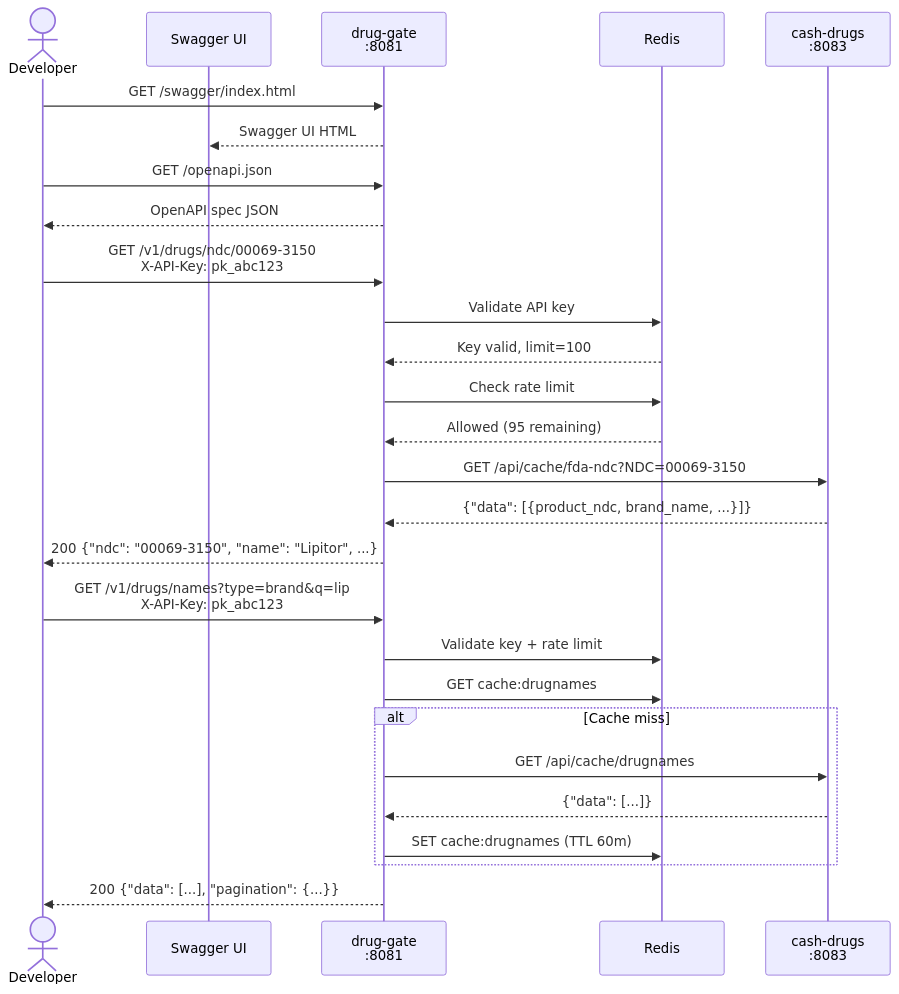
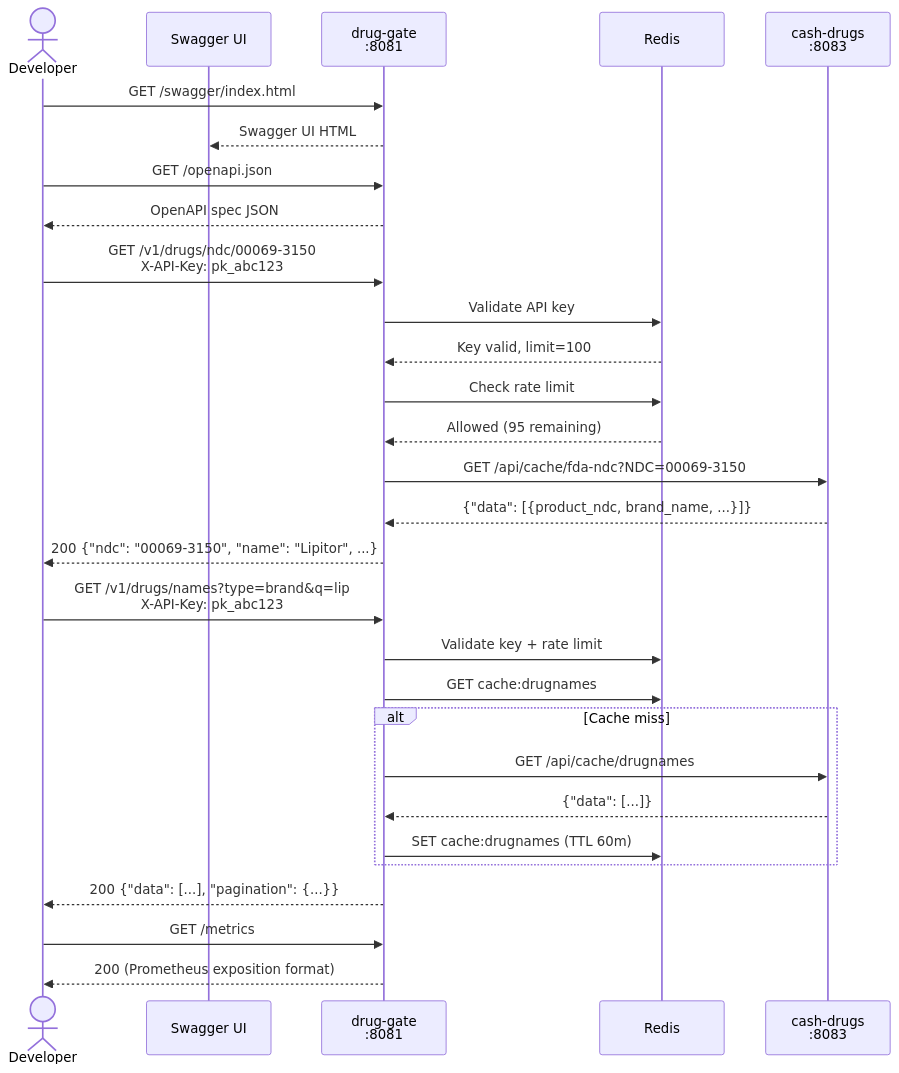
One commit to finish06/drug-gate changed diagram 12 of 12 in docs/sequence-diagram.md. Above: the diagram before and after it, drawn with Mermaid. The commit also changed other lines of this file and 2 other files, not shown here.

First line of the commit message:
docs: update sequence diagrams, CLAUDE.md, and PRD for metrics

````diff
--- a/docs/sequence-diagram.md
+++ b/docs/sequence-diagram.md
@@ -437,32 +547,35 @@
 ```mermaid
 sequenceDiagram
     actor Dev as Developer
     participant SW as Swagger UI
     participant GW as drug-gate<br/>:8081
     participant RD as Redis
     participant CD as cash-drugs<br/>:8083
 
     Dev->>GW: GET /swagger/index.html
     GW-->>SW: Swagger UI HTML
     Dev->>GW: GET /openapi.json
     GW-->>Dev: OpenAPI spec JSON
 
     Dev->>GW: GET /v1/drugs/ndc/00069-3150<br/>X-API-Key: pk_abc123
     GW->>RD: Validate API key
     RD-->>GW: Key valid, limit=100
     GW->>RD: Check rate limit
     RD-->>GW: Allowed (95 remaining)
     GW->>CD: GET /api/cache/fda-ndc?NDC=00069-3150
     CD-->>GW: {"data": [{product_ndc, brand_name, ...}]}
     GW-->>Dev: 200 {"ndc": "00069-3150", "name": "Lipitor", ...}
 
     Dev->>GW: GET /v1/drugs/names?type=brand&q=lip<br/>X-API-Key: pk_abc123
     GW->>RD: Validate key + rate limit
     GW->>RD: GET cache:drugnames
     alt Cache miss
         GW->>CD: GET /api/cache/drugnames
         CD-->>GW: {"data": [...]}
         GW->>RD: SET cache:drugnames (TTL 60m)
     end
     GW-->>Dev: 200 {"data": [...], "pagination": {...}}
+
+    Dev->>GW: GET /metrics
+    GW-->>Dev: 200 (Prometheus exposition format)
 ```
````
